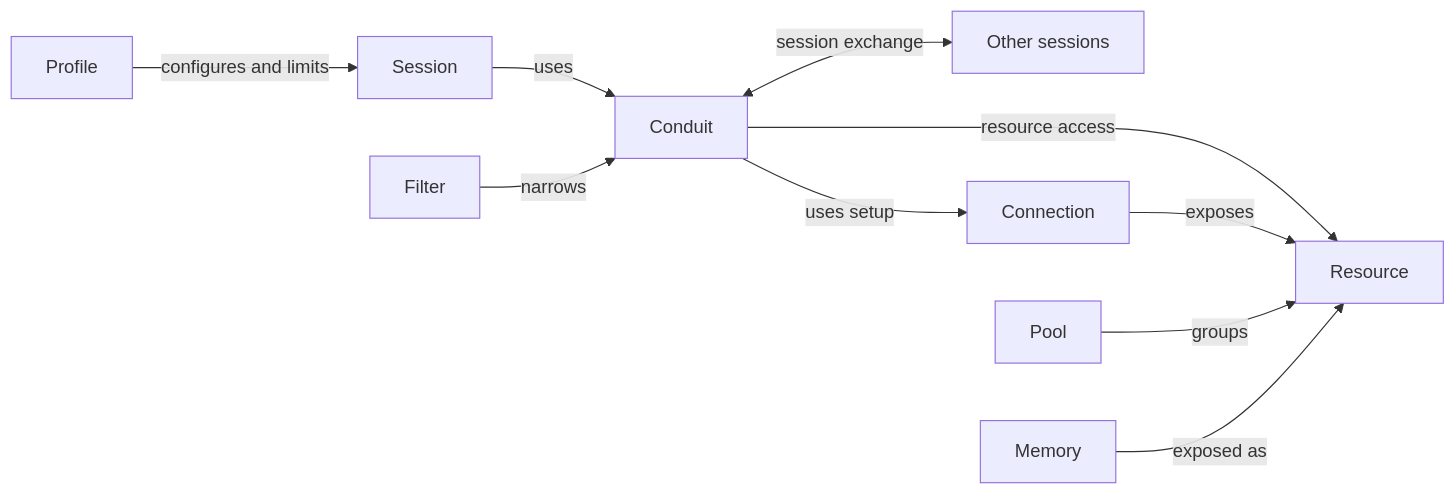
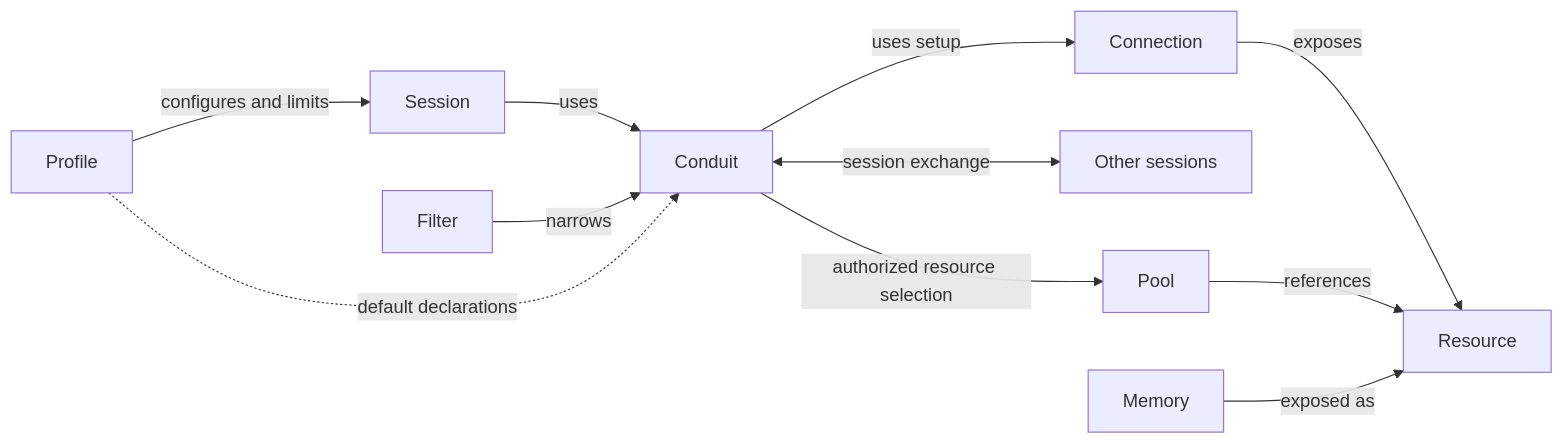
One commit to shrav-k/conduit changed the diagram in SPEC.md. Above: the diagram before and after it, drawn with Mermaid. The commit also changed other lines of this file and 4 other files, not shown here.

Commit message:
Adopt Pool-based resource supply through Profile default conduits

````diff
--- a/SPEC.md
+++ b/SPEC.md
@@ -70,12 +77,13 @@
 ```mermaid
 flowchart LR
     Profile -->|configures and limits| Session
     Session -->|uses| Conduit
     Filter -->|narrows| Conduit
-    Conduit -->|resource access| Resource
+    Profile -.->|default declarations| Conduit
+    Conduit -->|authorized resource selection| Pool
     Conduit <-->|session exchange| Peer[Other sessions]
     Conduit -->|uses setup| Connection
     Connection -->|exposes| Resource
-    Pool -->|groups| Resource
+    Pool -->|references| Resource
     Memory -->|exposed as| Resource
 ```
````
